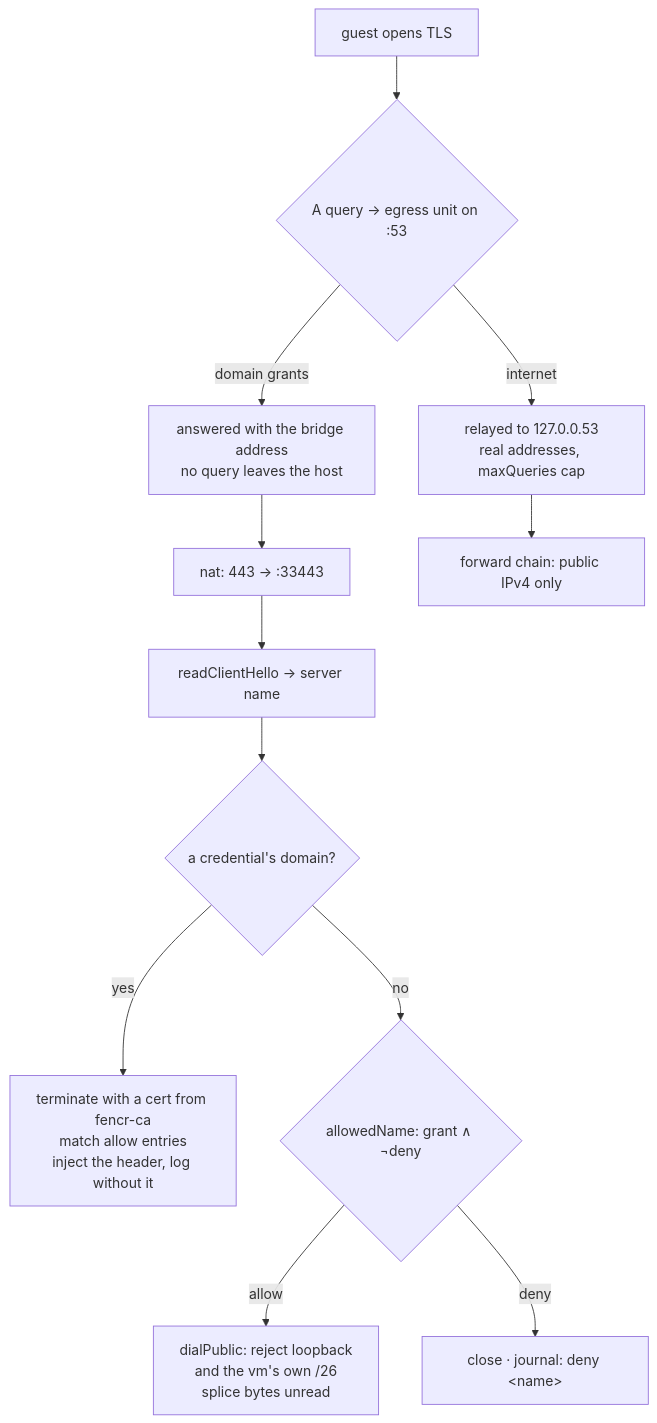
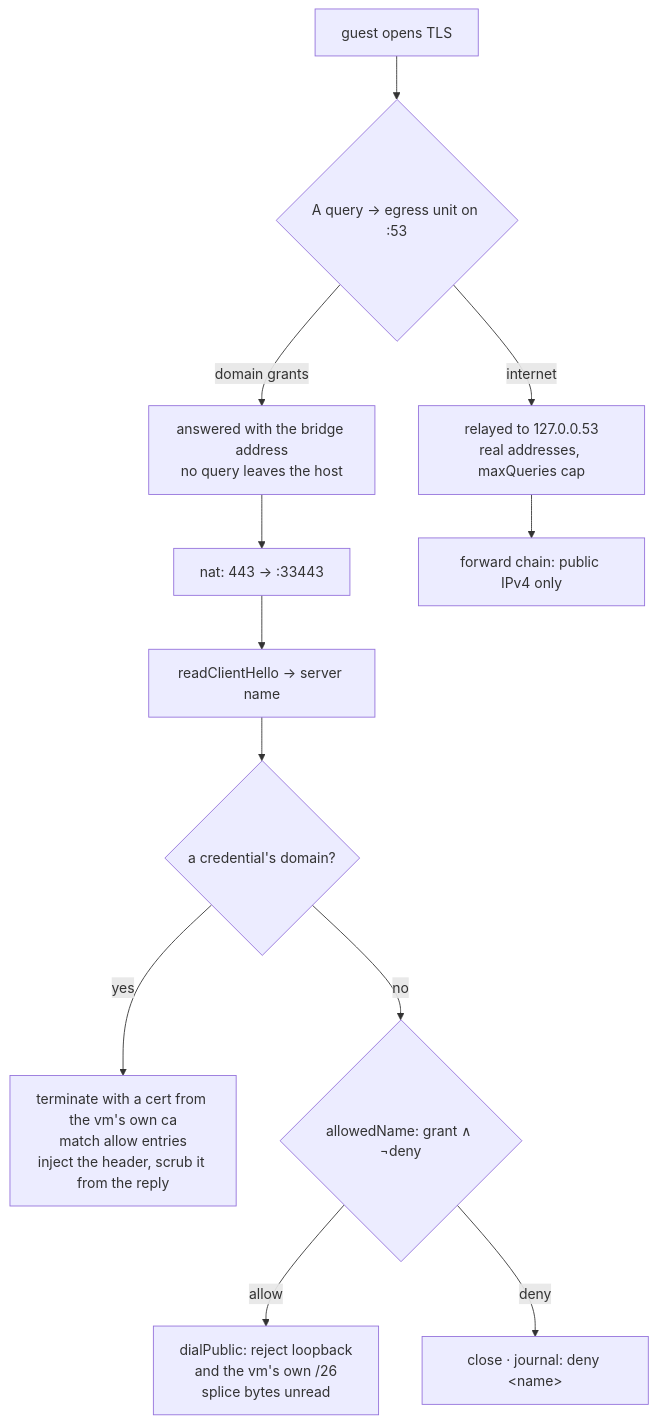
Before and after one commit to fosskar/fencr: the first of 2 diagrams in docs/overview.md, drawn with Mermaid. The commit also changed other lines of this file and 5 other files, not shown here.

````diff
--- a/docs/overview.md
+++ b/docs/overview.md
@@ -48,14 +49,14 @@
 ```mermaid
 flowchart TD
   G["guest opens TLS"] --> R{"A query → egress unit on :53"}
   R -->|domain grants| B["answered with the bridge address<br/>no query leaves the host"]
   R -->|"internet"| S["relayed to 127.0.0.53<br/>real addresses, maxQueries cap"]
   B --> N["nat: 443 → :33443"]
   S --> F["forward chain: public IPv4 only"]
   N --> H["readClientHello → server name"]
   H --> C{"a credential's domain?"}
-  C -->|yes| T["terminate with a cert from fencr-ca<br/>match allow entries<br/>inject the header, log without it"]
+  C -->|yes| T["terminate with a cert from the vm's own ca<br/>match allow entries<br/>inject the header, scrub it from the reply"]
   C -->|no| A{"allowedName: grant ∧ ¬deny"}
   A -->|allow| P["dialPublic: reject loopback<br/>and the vm's own /26<br/>splice bytes unread"]
   A -->|deny| X["close · journal: deny &lt;name&gt;"]
 ```
````
